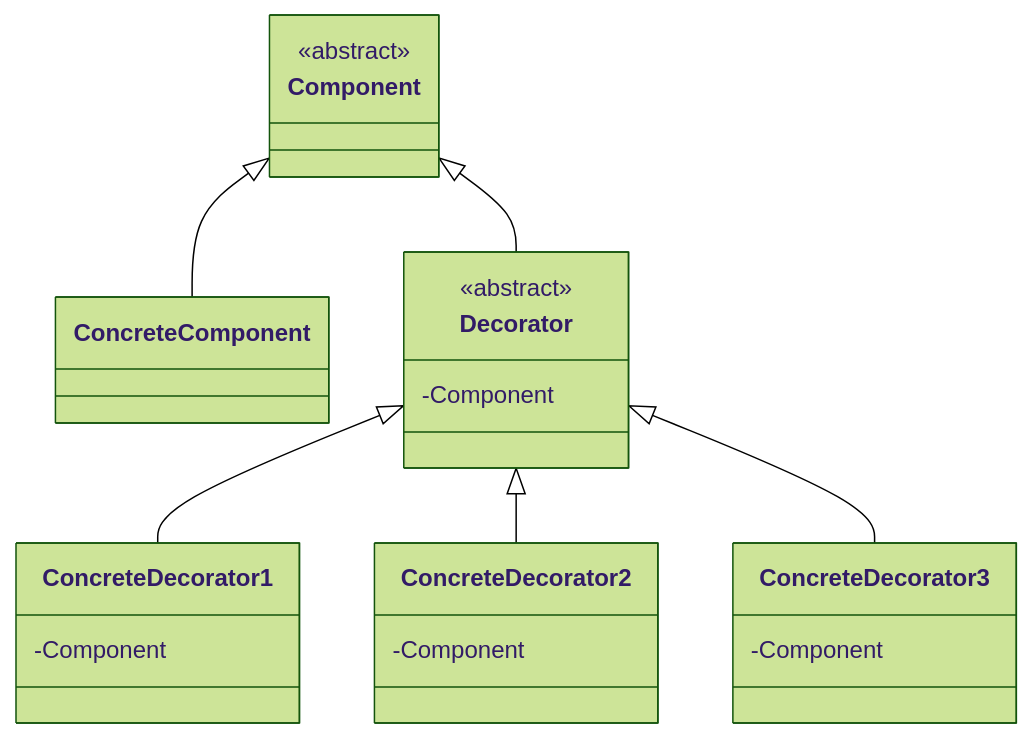
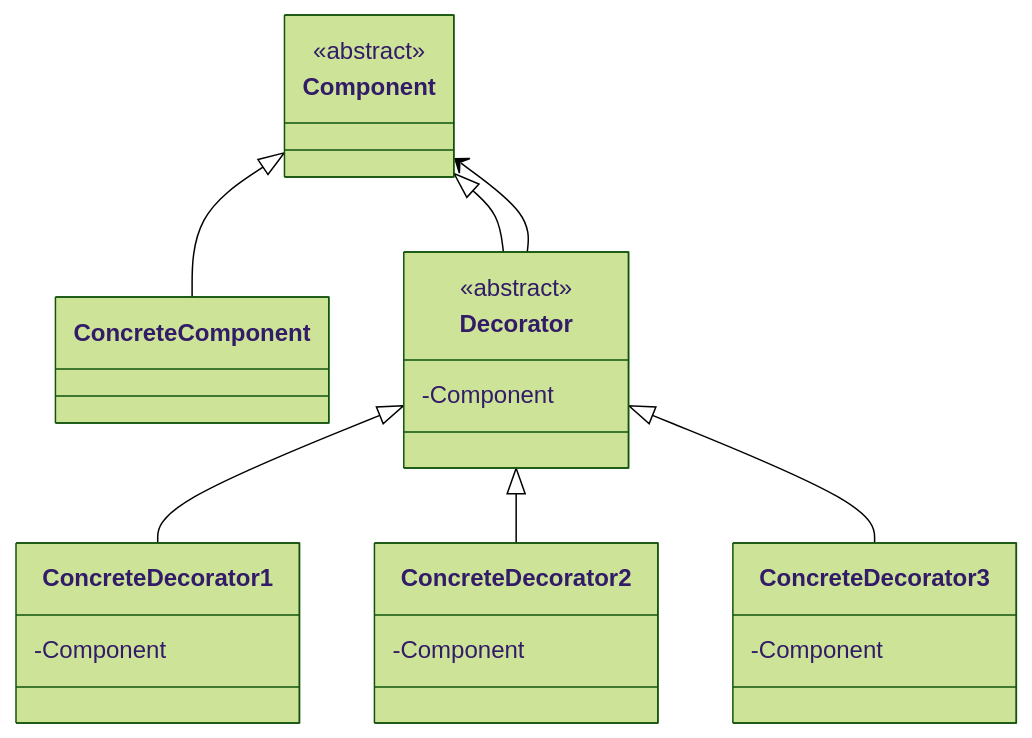
The first of 2 diagrams in design-pattern/12-decorator-pattern/README.md (naruwo-github/reading-in-a-circle), drawn with Mermaid (forest theme) before and after one commit. The commit also changed other lines of this file and 2 other files, not shown here.

````diff
--- a/design-pattern/12-decorator-pattern/README.md
+++ b/design-pattern/12-decorator-pattern/README.md
@@ -21,30 +25,31 @@
 ```mermaid
 classDiagram
 
 class Component {
   <<abstract>>
 }
 
 class ConcreteComponent
 
 class Decorator {
   <<abstract>>
   -Component
 }
 
 class ConcreteDecorator1 {
   -Component
 }
 class ConcreteDecorator2 {
   -Component
 }
 class ConcreteDecorator3 {
   -Component
 }
 
 Component <|-- ConcreteComponent
 Component <|-- Decorator
+Component <-- Decorator
 Decorator <|-- ConcreteDecorator1
 Decorator <|-- ConcreteDecorator2
 Decorator <|-- ConcreteDecorator3
 ```
````
